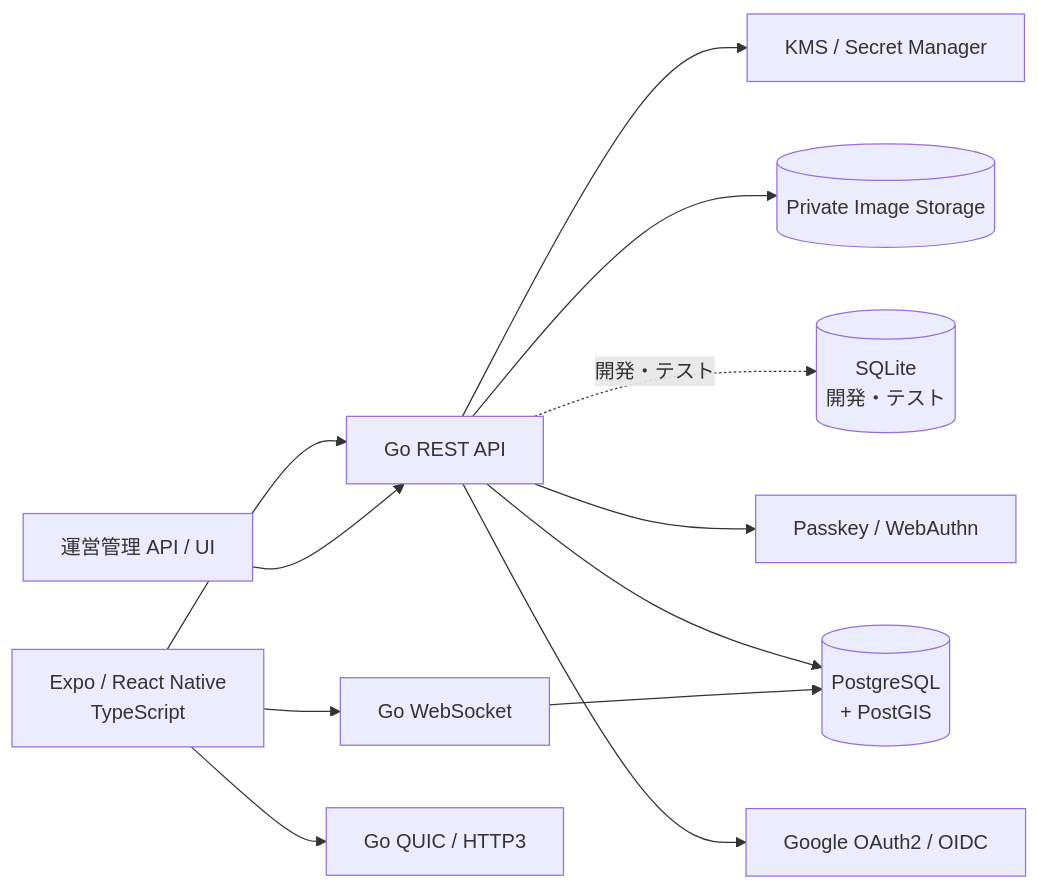
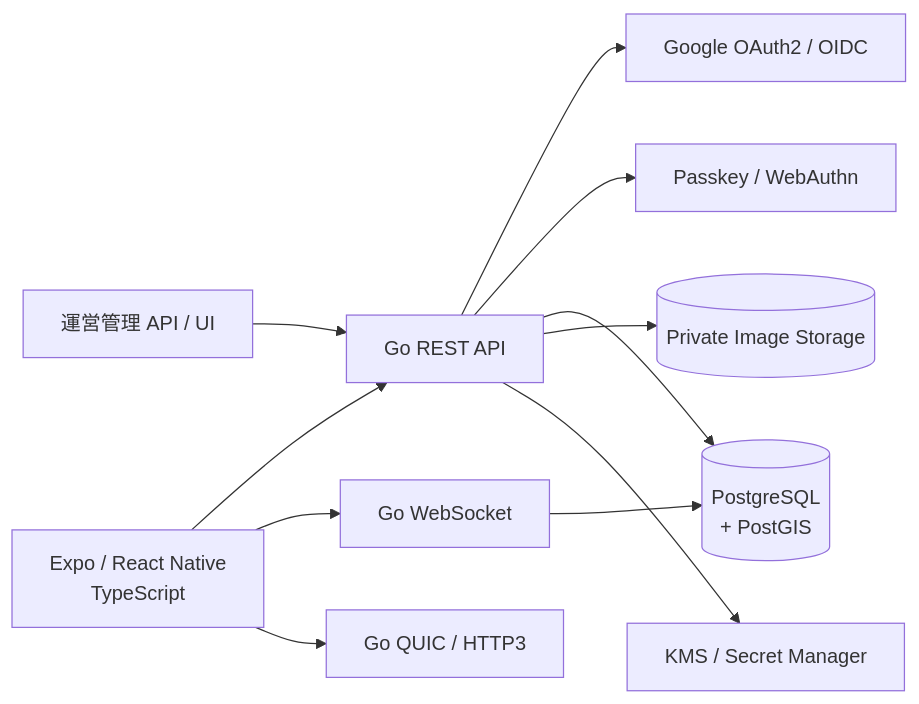
One commit to Tornado2026-team-j/Samurai-meet changed the first of 3 diagrams in docs/architecture.md. Above: the diagram before and after it, drawn with Mermaid. The commit also changed other lines of this file and 9 other files, not shown here.

````diff
--- a/docs/architecture.md
+++ b/docs/architecture.md
@@ -5,26 +5,24 @@
 ```mermaid
 flowchart LR
     App[Expo / React Native<br/>TypeScript]
     API[Go REST API]
     WS[Go WebSocket]
     QUIC[Go QUIC / HTTP3]
     Auth[Google OAuth2 / OIDC]
     Passkey[Passkey / WebAuthn]
     DB[(PostgreSQL<br/>+ PostGIS)]
-    LocalDB[(SQLite<br/>開発・テスト)]
     Storage[(Private Image Storage)]
     KMS[KMS / Secret Manager]
     Admin[運営管理 API / UI]
 
     App --> API
     App --> WS
     App --> QUIC
     API --> Auth
     API --> Passkey
     API --> DB
-    API -. 開発・テスト .-> LocalDB
     API --> Storage
     API --> KMS
     WS --> DB
     Admin --> API
 ```
````
